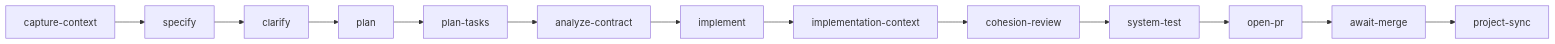
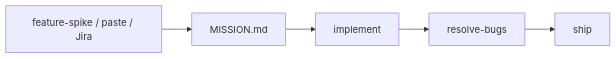
The third of 3 diagrams in packages/extension/media/guides/cohesive-delivery.md (o00ontcong/aidlc), drawn with Mermaid before and after one commit. The commit also changed other lines of this file and 94 other files, not shown here.

```diff
--- a/packages/extension/media/guides/cohesive-delivery.md
+++ b/packages/extension/media/guides/cohesive-delivery.md
@@ -84,7 +83,5 @@
 ~~~mermaid
 flowchart LR
-  A[capture-context] --> B[specify] --> C[clarify] --> D[plan]
-  D --> E[plan-tasks] --> F[analyze-contract] --> G[implement]
-  G --> H[implementation-context] --> I[cohesion-review] --> J[system-test]
-  J --> K[open-pr] --> L[await-merge] --> M[project-sync]
+  S[feature-spike / paste / Jira] --> M[MISSION.md]
+  M --> I[implement] --> B[resolve-bugs] --> H[ship]
 ~~~
```
